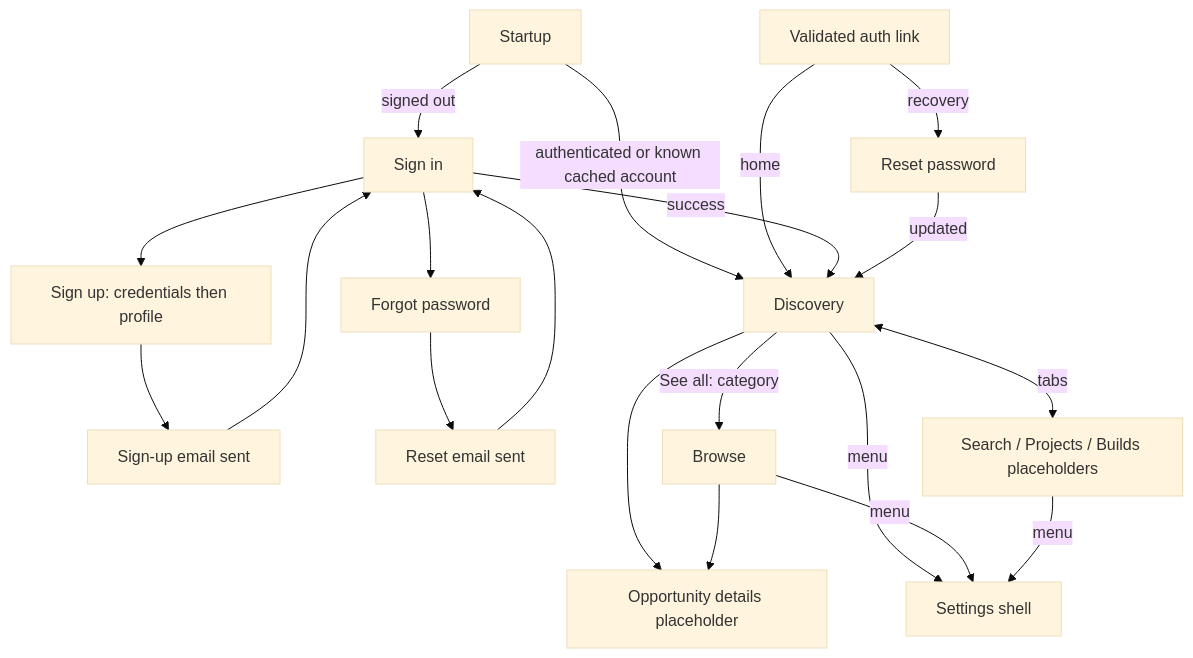
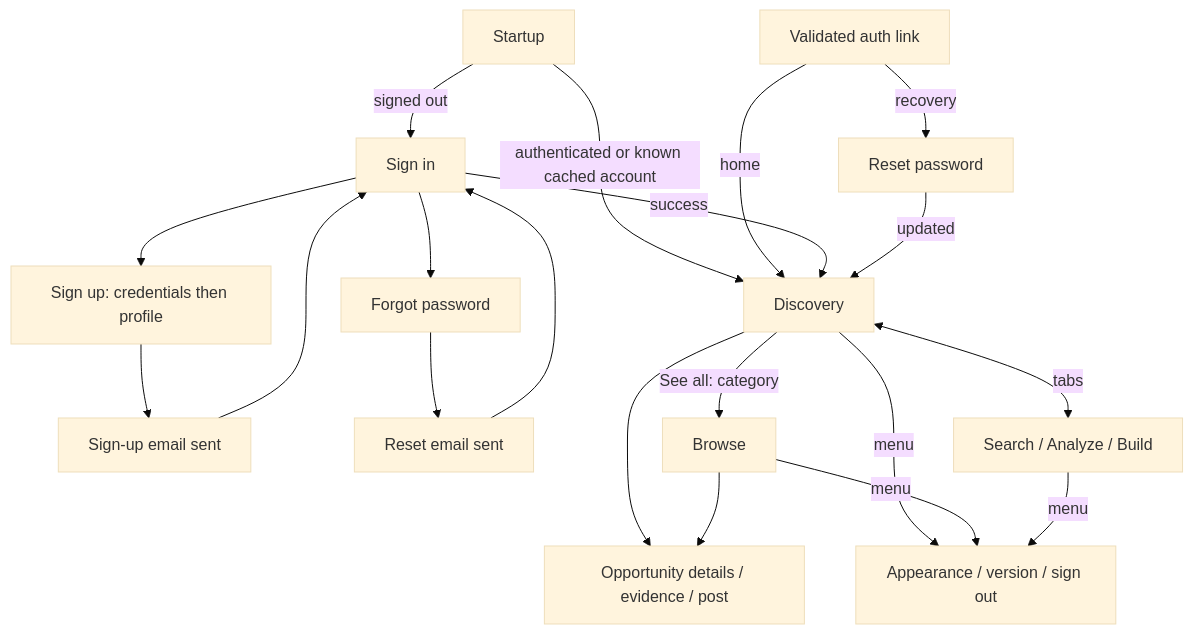
Before and after one commit to CodingWithJoseph/ProblemFinderAndroid: the diagram in docs/navigation-and-features.md, drawn with Mermaid (base theme). The commit also changed other lines of this file and 115 other files, not shown here.

Commit message:
Complete Analyze, Build, and Settings workflows with screen previews

````diff
--- a/docs/navigation-and-features.md
+++ b/docs/navigation-and-features.md
@@ -5,22 +5,22 @@
 ```mermaid
 flowchart TD
     Start[Startup] -->|authenticated or known cached account| Discovery
     Start -->|signed out| SignIn[Sign in]
     SignIn --> SignUp[Sign up: credentials then profile]
     SignIn --> Forgot[Forgot password]
     SignUp --> SignupSent[Sign-up email sent]
     Forgot --> ResetSent[Reset email sent]
     SignupSent --> SignIn
     ResetSent --> SignIn
     Link[Validated auth link] -->|home| Discovery
     Link -->|recovery| Reset[Reset password]
     SignIn -->|success| Discovery
     Reset -->|updated| Discovery
     Discovery -->|See all: category| Browse
-    Discovery --> Details[Opportunity details placeholder]
+    Discovery --> Details[Opportunity details / evidence / post]
     Browse --> Details
-    Discovery <-->|tabs| Tabs[Search / Projects / Builds placeholders]
-    Discovery -->|menu| Settings[Settings shell]
+    Discovery <-->|tabs| Tabs[Search / Analyze / Build]
+    Discovery -->|menu| Settings[Appearance / version / sign out]
     Browse -->|menu| Settings
     Tabs -->|menu| Settings
 ```
````
